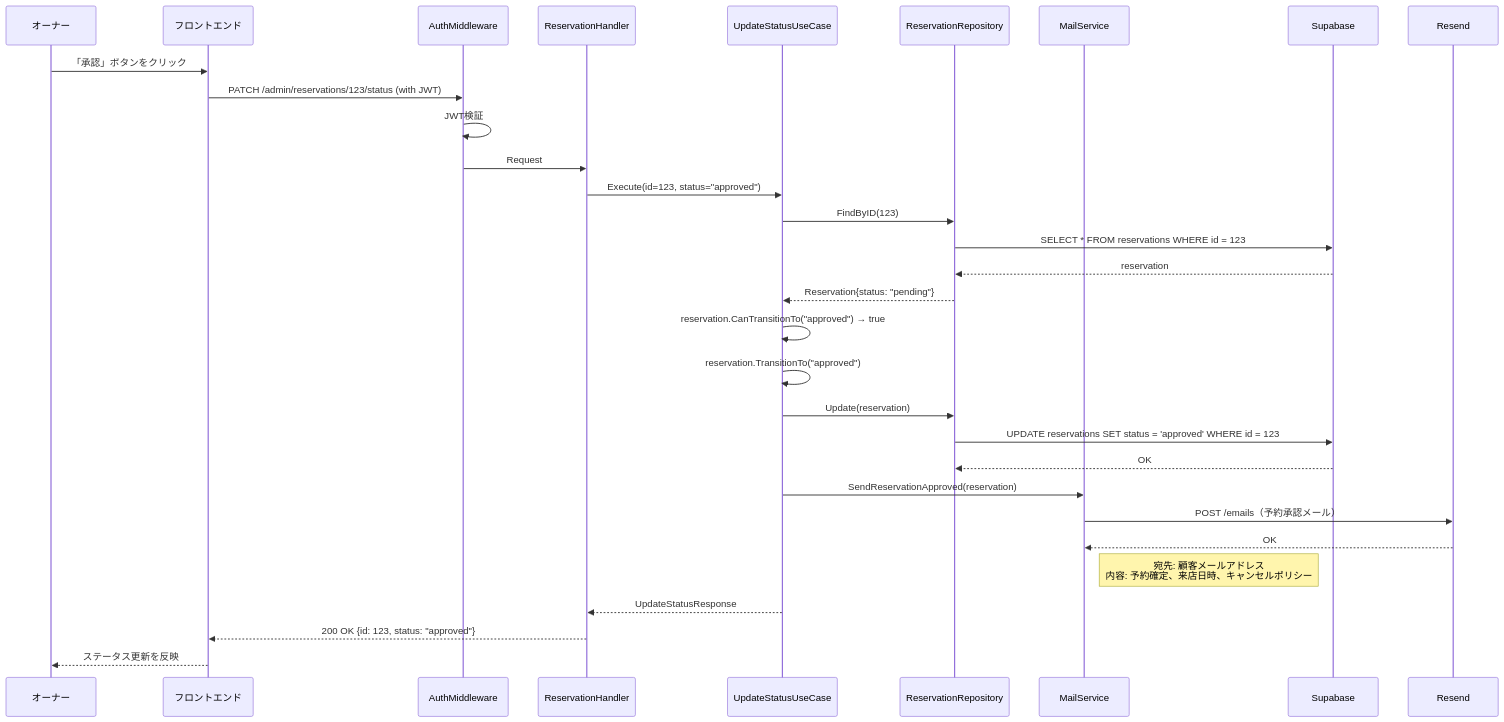
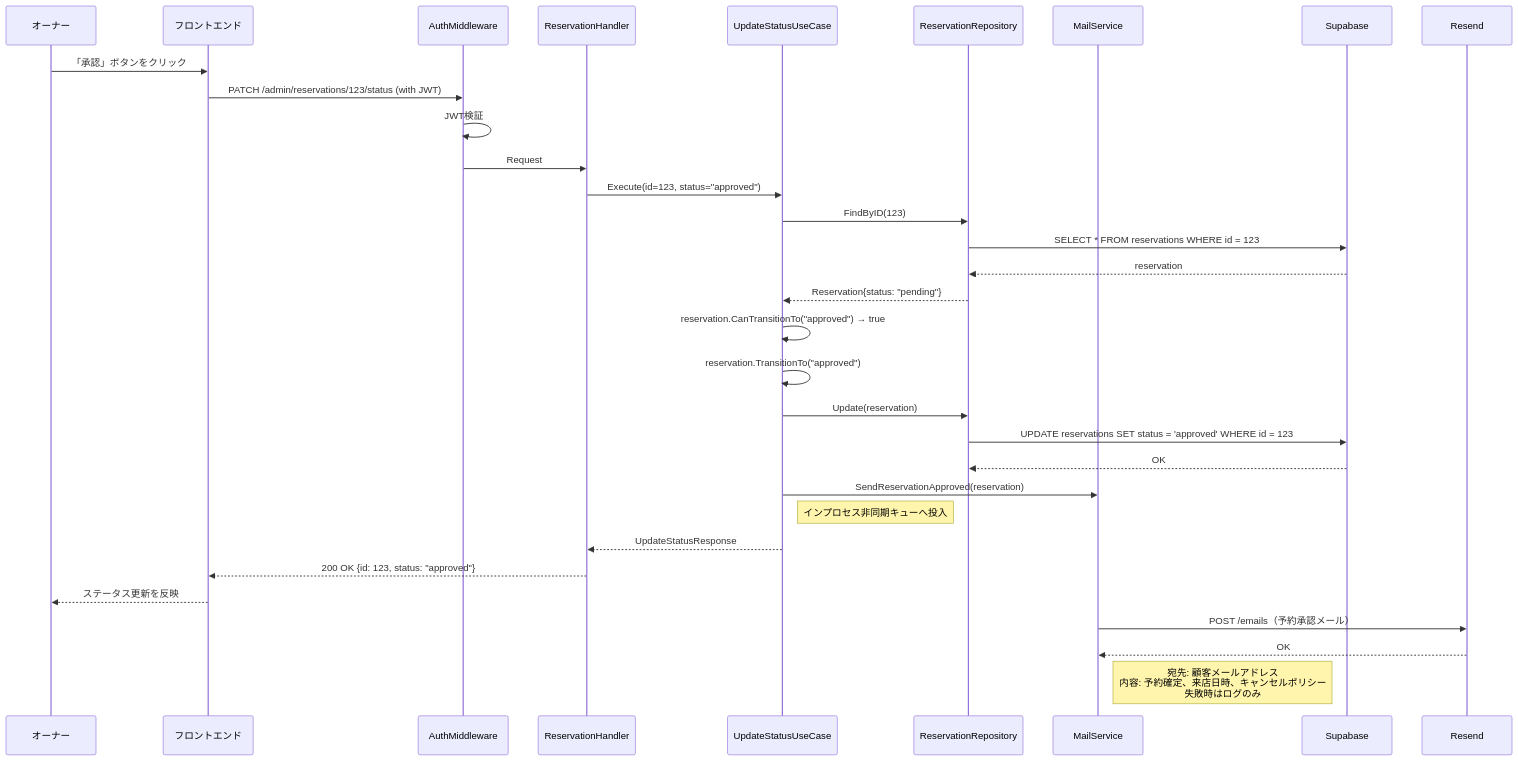
The eighth of 16 diagrams in docs/sequence.md (cergijame101007/satehits), drawn with Mermaid before and after one commit. The commit also changed other lines of this file and 46 other files, not shown here.

````diff
--- a/docs/sequence.md
+++ b/docs/sequence.md
@@ -280,41 +281,42 @@
 ```mermaid
 sequenceDiagram
     participant Owner as オーナー
     participant Frontend as フロントエンド
     participant Middleware as AuthMiddleware
     participant Handler as ReservationHandler
     participant UseCase as UpdateStatusUseCase
     participant ReservationRepo as ReservationRepository
     participant MailService as MailService
     participant DB as Supabase
     participant Resend as Resend
 
     Owner->>Frontend: 「承認」ボタンをクリック
     Frontend->>Middleware: PATCH /admin/reservations/123/status (with JWT)
     
     Middleware->>Middleware: JWT検証
     Middleware->>Handler: Request
     
     Handler->>UseCase: Execute(id=123, status="approved")
     
     UseCase->>ReservationRepo: FindByID(123)
     ReservationRepo->>DB: SELECT * FROM reservations WHERE id = 123
     DB-->>ReservationRepo: reservation
     ReservationRepo-->>UseCase: Reservation{status: "pending"}
     
     UseCase->>UseCase: reservation.CanTransitionTo("approved") → true
     UseCase->>UseCase: reservation.TransitionTo("approved")
     
     UseCase->>ReservationRepo: Update(reservation)
     ReservationRepo->>DB: UPDATE reservations SET status = 'approved' WHERE id = 123
     DB-->>ReservationRepo: OK
     
     UseCase->>MailService: SendReservationApproved(reservation)
-    MailService->>Resend: POST /emails（予約承認メール）
-    Resend-->>MailService: OK
-    Note right of MailService: 宛先: 顧客メールアドレス<br>内容: 予約確定、来店日時、キャンセルポリシー
-    
+    Note right of UseCase: インプロセス非同期キューへ投入
     UseCase-->>Handler: UpdateStatusResponse
     Handler-->>Frontend: 200 OK {id: 123, status: "approved"}
     Frontend-->>Owner: ステータス更新を反映
+
+    MailService->>Resend: POST /emails（予約承認メール）
+    Resend-->>MailService: OK
+    Note right of MailService: 宛先: 顧客メールアドレス<br>内容: 予約確定、来店日時、キャンセルポリシー<br>失敗時はログのみ
 ```
````
